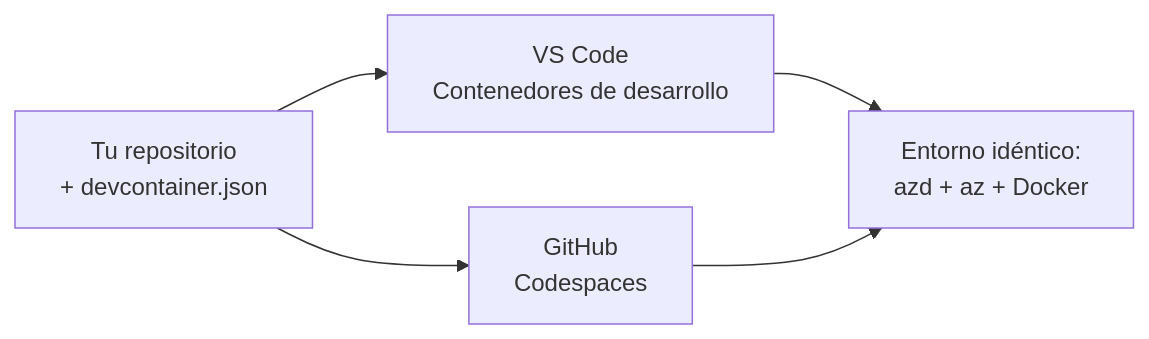
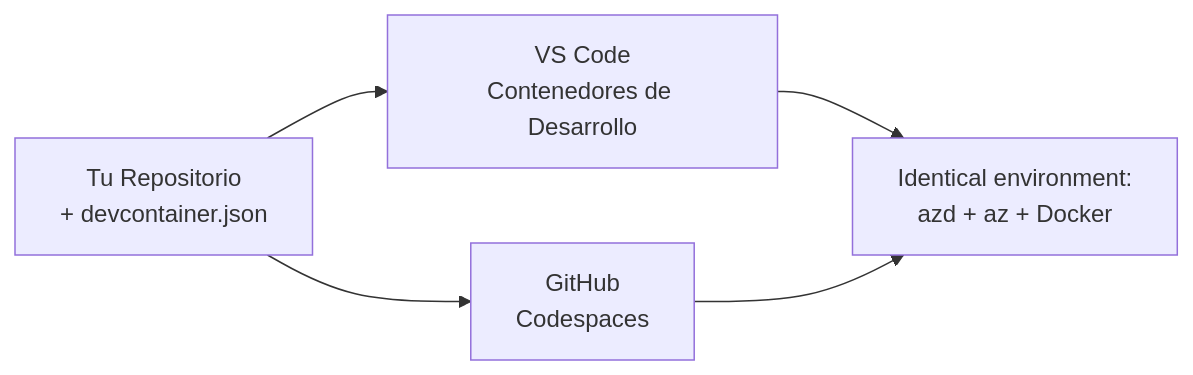
One commit to microsoft/AZD-for-beginners changed the diagram in translations/es/docs/chapter-01-foundation/dev-containers.md. Above: the diagram before and after it, drawn with Mermaid. The commit also changed other lines of this file and 61 other files, not shown here.

````diff
--- a/translations/es/docs/chapter-01-foundation/dev-containers.md
+++ b/translations/es/docs/chapter-01-foundation/dev-containers.md
@@ -41,7 +41,7 @@
 ```mermaid
 graph LR
-    Repo[Tu repositorio<br/>+ devcontainer.json] --> VSCode[VS Code<br/>Contenedores de desarrollo]
+    Repo[Tu Repositorio<br/>+ devcontainer.json] --> VSCode[VS Code<br/>Contenedores de Desarrollo]
     Repo --> Codespaces[GitHub<br/>Codespaces]
-    VSCode --> Env[Entorno idéntico:<br/>azd + az + Docker]
+    VSCode --> Env[Identical environment:<br/>azd + az + Docker]
     Codespaces --> Env
 ```
````
